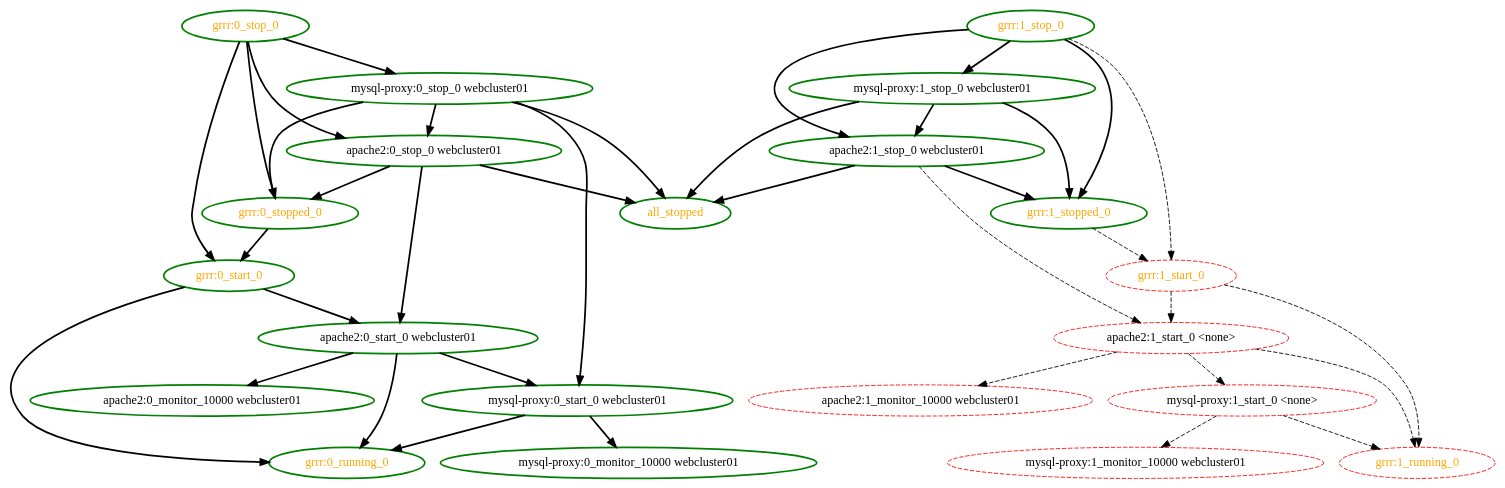
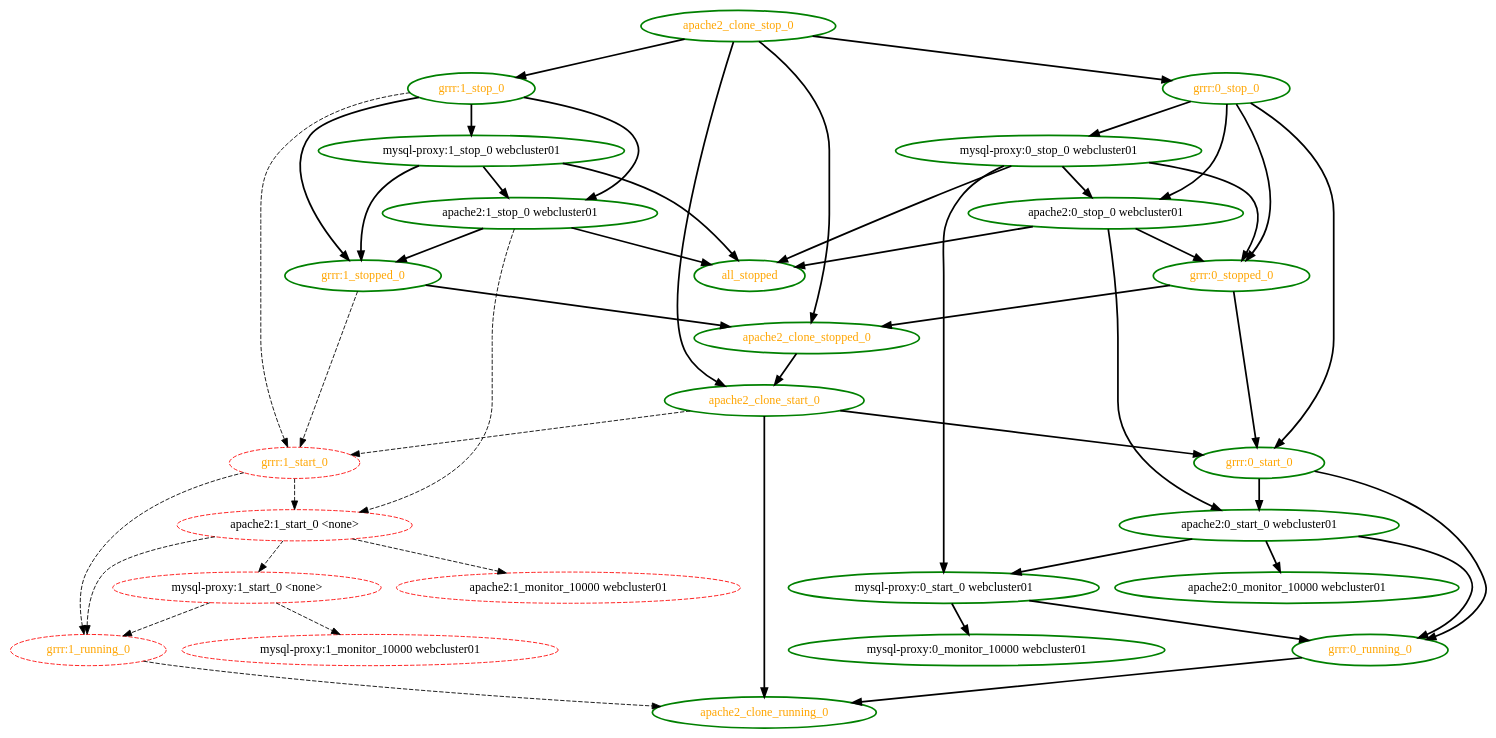
Before and after one commit to linux-ha-japan/pm_diskd: the diagram in pengine/testcases/cloned-group.dot, drawn with Graphviz. The commit also changed 27 other files, not shown here.

```diff
--- a/pengine/testcases/cloned-group.dot
+++ b/pengine/testcases/cloned-group.dot
@@ -1,60 +1,76 @@
 digraph "g" {
 "all_stopped" [ style=bold color="green" fontcolor="orange"  ]
 "apache2:0_monitor_10000 webcluster01" [ style=bold color="green" fontcolor="black"  ]
 "apache2:0_start_0 webcluster01" -> "apache2:0_monitor_10000 webcluster01" [ style = bold]
 "apache2:0_start_0 webcluster01" -> "grrr:0_running_0" [ style = bold]
 "apache2:0_start_0 webcluster01" -> "mysql-proxy:0_start_0 webcluster01" [ style = bold]
 "apache2:0_start_0 webcluster01" [ style=bold color="green" fontcolor="black"  ]
 "apache2:0_stop_0 webcluster01" -> "all_stopped" [ style = bold]
 "apache2:0_stop_0 webcluster01" -> "apache2:0_start_0 webcluster01" [ style = bold]
 "apache2:0_stop_0 webcluster01" -> "grrr:0_stopped_0" [ style = bold]
 "apache2:0_stop_0 webcluster01" [ style=bold color="green" fontcolor="black"  ]
 "apache2:1_monitor_10000 webcluster01" [ style=dashed color="red" fontcolor="black"  ]
 "apache2:1_start_0 <none>" -> "apache2:1_monitor_10000 webcluster01" [ style = dashed]
 "apache2:1_start_0 <none>" -> "grrr:1_running_0" [ style = dashed]
 "apache2:1_start_0 <none>" -> "mysql-proxy:1_start_0 <none>" [ style = dashed]
 "apache2:1_start_0 <none>" [ style=dashed color="red" fontcolor="black"  ]
 "apache2:1_stop_0 webcluster01" -> "all_stopped" [ style = bold]
 "apache2:1_stop_0 webcluster01" -> "apache2:1_start_0 <none>" [ style = dashed]
 "apache2:1_stop_0 webcluster01" -> "grrr:1_stopped_0" [ style = bold]
 "apache2:1_stop_0 webcluster01" [ style=bold color="green" fontcolor="black"  ]
+"apache2_clone_running_0" [ style=bold color="green" fontcolor="orange"  ]
+"apache2_clone_start_0" -> "apache2_clone_running_0" [ style = bold]
+"apache2_clone_start_0" -> "grrr:0_start_0" [ style = bold]
+"apache2_clone_start_0" -> "grrr:1_start_0" [ style = dashed]
+"apache2_clone_start_0" [ style=bold color="green" fontcolor="orange"  ]
+"apache2_clone_stop_0" -> "apache2_clone_start_0" [ style = bold]
+"apache2_clone_stop_0" -> "apache2_clone_stopped_0" [ style = bold]
+"apache2_clone_stop_0" -> "grrr:0_stop_0" [ style = bold]
+"apache2_clone_stop_0" -> "grrr:1_stop_0" [ style = bold]
+"apache2_clone_stop_0" [ style=bold color="green" fontcolor="orange"  ]
+"apache2_clone_stopped_0" -> "apache2_clone_start_0" [ style = bold]
+"apache2_clone_stopped_0" [ style=bold color="green" fontcolor="orange"  ]
+"grrr:0_running_0" -> "apache2_clone_running_0" [ style = bold]
 "grrr:0_running_0" [ style=bold color="green" fontcolor="orange"  ]
 "grrr:0_start_0" -> "apache2:0_start_0 webcluster01" [ style = bold]
 "grrr:0_start_0" -> "grrr:0_running_0" [ style = bold]
 "grrr:0_start_0" [ style=bold color="green" fontcolor="orange"  ]
 "grrr:0_stop_0" -> "apache2:0_stop_0 webcluster01" [ style = bold]
 "grrr:0_stop_0" -> "grrr:0_start_0" [ style = bold]
 "grrr:0_stop_0" -> "grrr:0_stopped_0" [ style = bold]
 "grrr:0_stop_0" -> "mysql-proxy:0_stop_0 webcluster01" [ style = bold]
 "grrr:0_stop_0" [ style=bold color="green" fontcolor="orange"  ]
+"grrr:0_stopped_0" -> "apache2_clone_stopped_0" [ style = bold]
 "grrr:0_stopped_0" -> "grrr:0_start_0" [ style = bold]
 "grrr:0_stopped_0" [ style=bold color="green" fontcolor="orange"  ]
+"grrr:1_running_0" -> "apache2_clone_running_0" [ style = dashed]
 "grrr:1_running_0" [ style=dashed color="red" fontcolor="orange"  ]
 "grrr:1_start_0" -> "apache2:1_start_0 <none>" [ style = dashed]
 "grrr:1_start_0" -> "grrr:1_running_0" [ style = dashed]
 "grrr:1_start_0" [ style=dashed color="red" fontcolor="orange"  ]
 "grrr:1_stop_0" -> "apache2:1_stop_0 webcluster01" [ style = bold]
 "grrr:1_stop_0" -> "grrr:1_start_0" [ style = dashed]
 "grrr:1_stop_0" -> "grrr:1_stopped_0" [ style = bold]
 "grrr:1_stop_0" -> "mysql-proxy:1_stop_0 webcluster01" [ style = bold]
 "grrr:1_stop_0" [ style=bold color="green" fontcolor="orange"  ]
+"grrr:1_stopped_0" -> "apache2_clone_stopped_0" [ style = bold]
 "grrr:1_stopped_0" -> "grrr:1_start_0" [ style = dashed]
 "grrr:1_stopped_0" [ style=bold color="green" fontcolor="orange"  ]
 "mysql-proxy:0_monitor_10000 webcluster01" [ style=bold color="green" fontcolor="black"  ]
 "mysql-proxy:0_start_0 webcluster01" -> "grrr:0_running_0" [ style = bold]
 "mysql-proxy:0_start_0 webcluster01" -> "mysql-proxy:0_monitor_10000 webcluster01" [ style = bold]
 "mysql-proxy:0_start_0 webcluster01" [ style=bold color="green" fontcolor="black"  ]
 "mysql-proxy:0_stop_0 webcluster01" -> "all_stopped" [ style = bold]
 "mysql-proxy:0_stop_0 webcluster01" -> "apache2:0_stop_0 webcluster01" [ style = bold]
 "mysql-proxy:0_stop_0 webcluster01" -> "grrr:0_stopped_0" [ style = bold]
 "mysql-proxy:0_stop_0 webcluster01" -> "mysql-proxy:0_start_0 webcluster01" [ style = bold]
 "mysql-proxy:0_stop_0 webcluster01" [ style=bold color="green" fontcolor="black"  ]
 "mysql-proxy:1_monitor_10000 webcluster01" [ style=dashed color="red" fontcolor="black"  ]
 "mysql-proxy:1_start_0 <none>" -> "grrr:1_running_0" [ style = dashed]
 "mysql-proxy:1_start_0 <none>" -> "mysql-proxy:1_monitor_10000 webcluster01" [ style = dashed]
 "mysql-proxy:1_start_0 <none>" [ style=dashed color="red" fontcolor="black"  ]
 "mysql-proxy:1_stop_0 webcluster01" -> "all_stopped" [ style = bold]
 "mysql-proxy:1_stop_0 webcluster01" -> "apache2:1_stop_0 webcluster01" [ style = bold]
 "mysql-proxy:1_stop_0 webcluster01" -> "grrr:1_stopped_0" [ style = bold]
 "mysql-proxy:1_stop_0 webcluster01" [ style=bold color="green" fontcolor="black"  ]
 }
```
